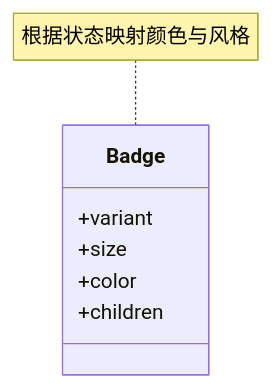
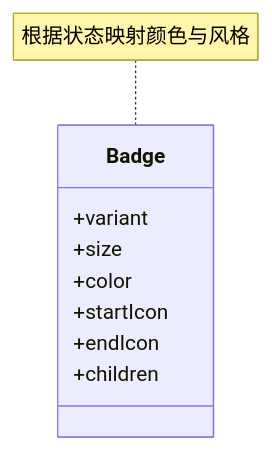
The sixth of 8 diagrams in .qoder/repowiki/zh/content/页面路由系统/页面类型组织结构/表格页面.md (HAOFUYANG/nextjs-admin), drawn with Mermaid before and after one commit. The commit also changed other lines of this file and 4 other files, not shown here.

````diff
--- a/.qoder/repowiki/zh/content/页面路由系统/页面类型组织结构/表格页面.md
+++ b/.qoder/repowiki/zh/content/页面路由系统/页面类型组织结构/表格页面.md
@@ -204,10 +231,12 @@
 ```mermaid
 classDiagram
 class Badge {
 +variant
 +size
 +color
++startIcon
++endIcon
 +children
 }
 note for Badge "根据状态映射颜色与风格"
 ```
````
